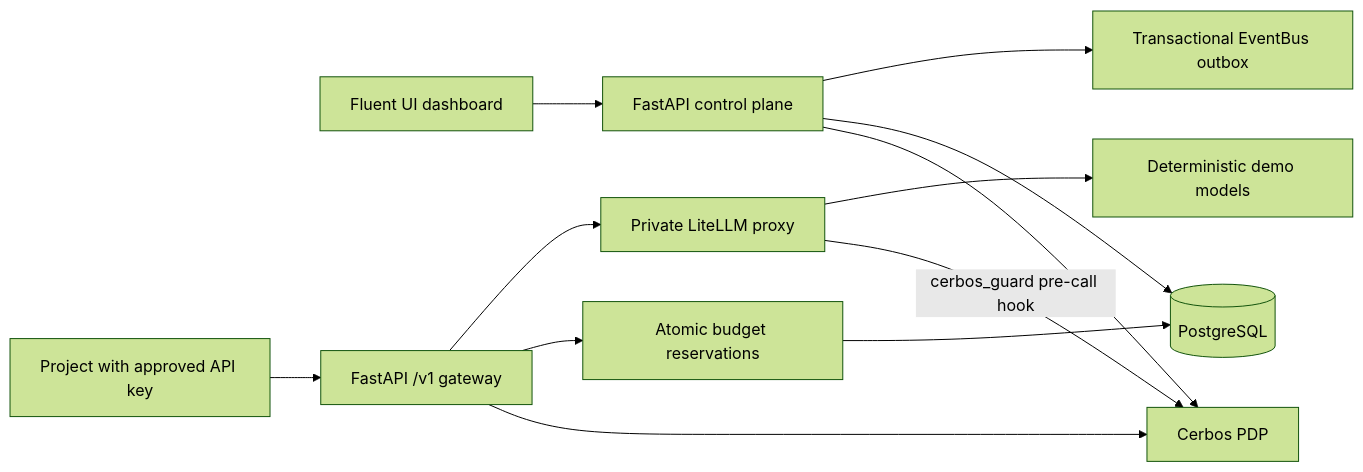
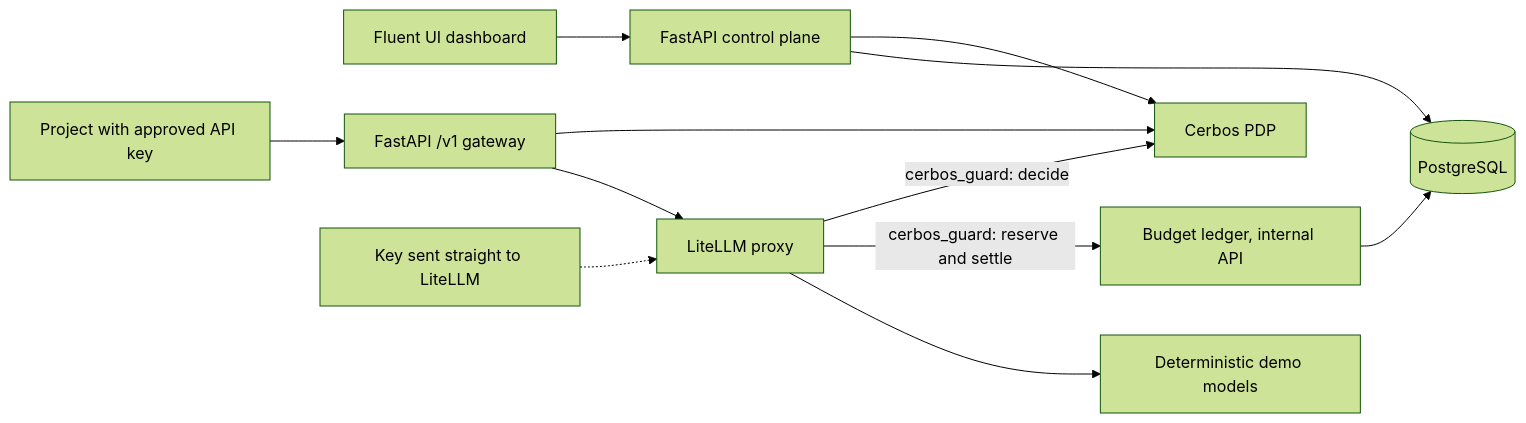
One commit to ssoxc/ai-cerbos changed the diagram in README.md. Above: the diagram before and after it, drawn with Mermaid (forest theme). The commit also changed other lines of this file and 46 other files, not shown here.

````diff
--- a/README.md
+++ b/README.md
@@ -130,14 +159,14 @@
 ```mermaid
 flowchart LR
   Browser[Fluent UI dashboard] --> API[FastAPI control plane]
   API --> PDP[Cerbos PDP]
   API --> DB[(PostgreSQL)]
-  API --> Outbox[Transactional EventBus outbox]
   Project[Project with approved API key] --> Gateway[FastAPI /v1 gateway]
   Gateway --> PDP
-  Gateway --> Ledger[Atomic budget reservations]
+  Gateway --> LiteLLM[LiteLLM proxy]
+  Direct[Key sent straight to LiteLLM] -.-> LiteLLM
+  LiteLLM -- cerbos_guard: decide --> PDP
+  LiteLLM -- cerbos_guard: reserve and settle --> Ledger[Budget ledger, internal API]
   Ledger --> DB
-  Gateway --> LiteLLM[Private LiteLLM proxy]
-  LiteLLM -- cerbos_guard pre-call hook --> PDP
   LiteLLM --> Model[Deterministic demo models]
 ```
````
